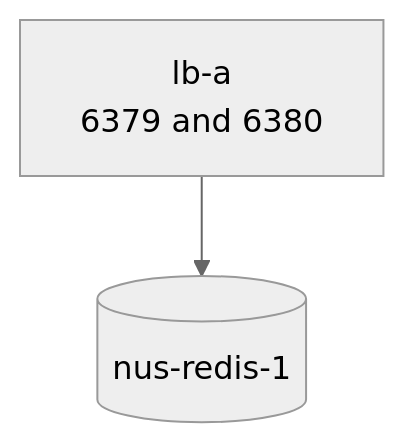
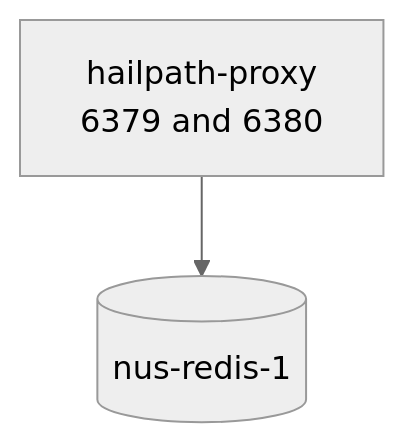
The seventh of 9 diagrams in README.md (bahman-farhadian/Meanul-Data-Studio), drawn with Mermaid (neutral theme) before and after one commit. The commit also changed other lines of this file and 90 other files, not shown here.

````diff
--- a/README.md
+++ b/README.md
@@ -365,7 +365,7 @@
 ```mermaid
 graph TB
-    HAP["lb-a<br/>6379 and 6380"]
+    HAP["hailpath-proxy<br/>6379 and 6380"]
     R[("nus-redis-1")]
 
     HAP --> R
 ```
````
